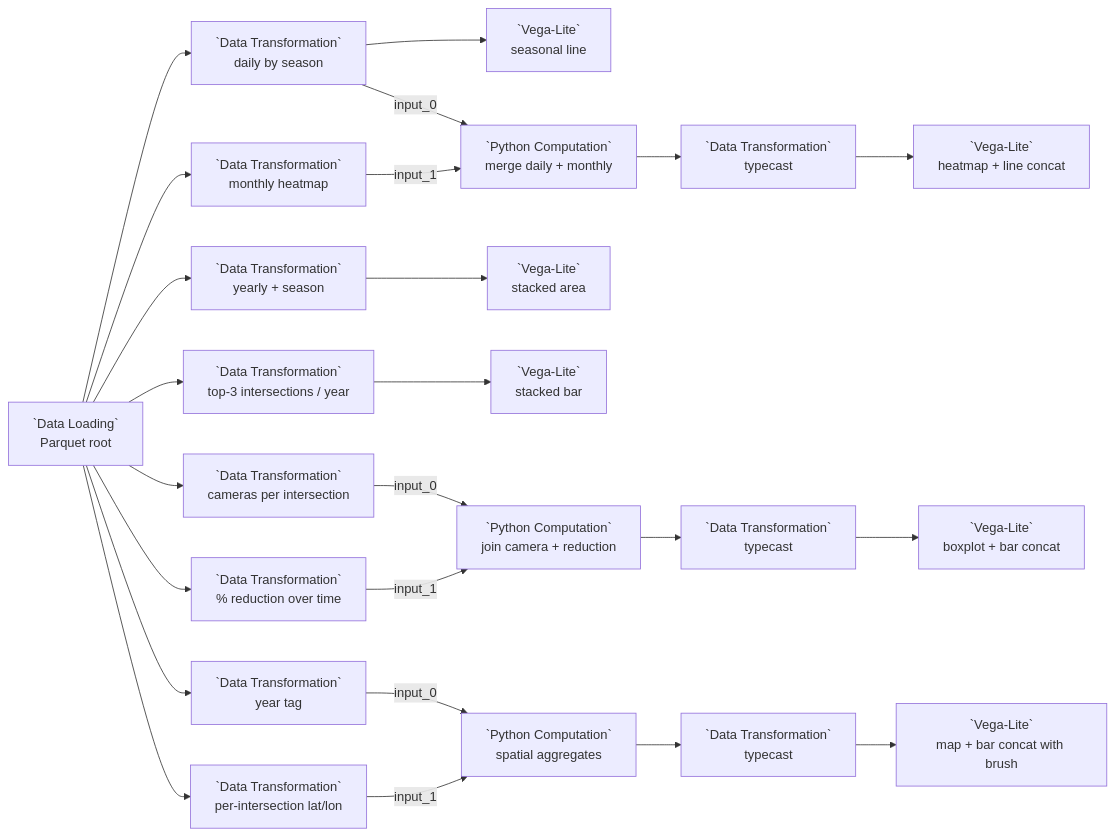
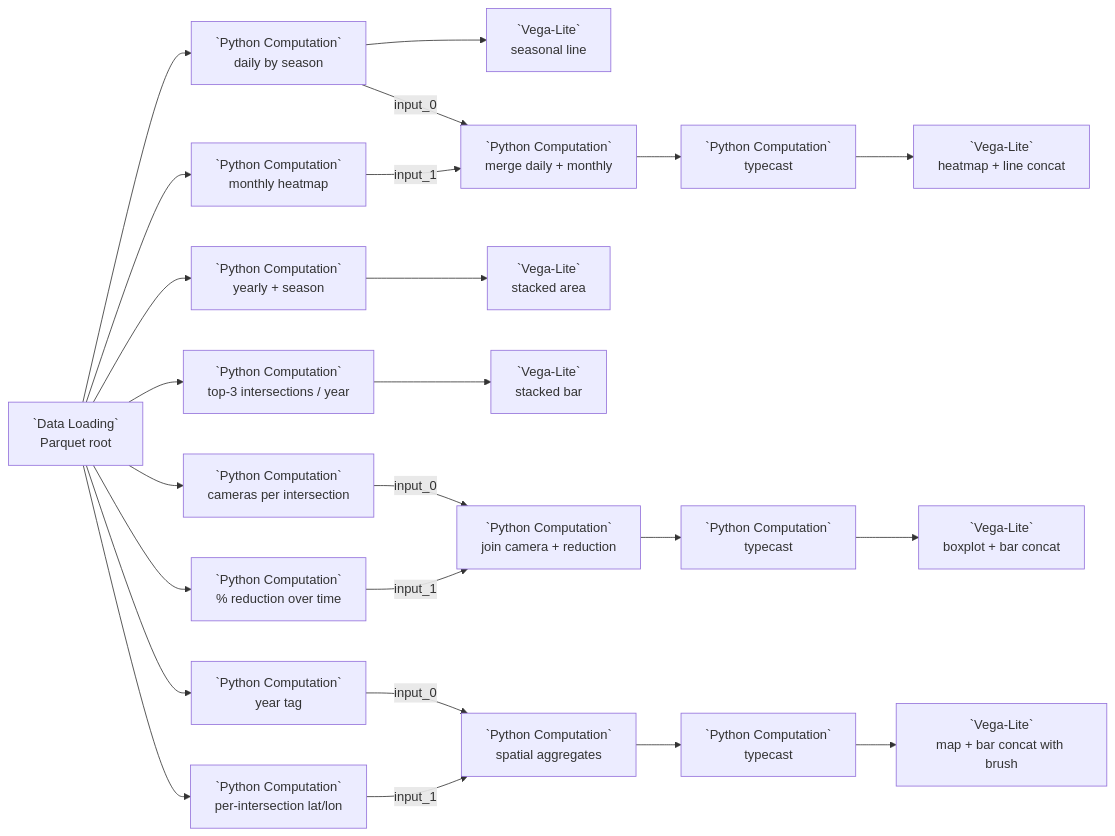
Before and after one commit to urban-toolkit/curio: the diagram in docs/examples/04-vega-lite-multi-flow-dashboard.md, drawn with Mermaid. The commit also changed other lines of this file and 51 other files, not shown here.

Commit message:
Shipped dataflows and their fixtures use Python Computation

````diff
--- a/docs/examples/04-vega-lite-multi-flow-dashboard.md
+++ b/docs/examples/04-vega-lite-multi-flow-dashboard.md
@@ -9,24 +9,24 @@
 ```mermaid
 flowchart LR
   L[`Data Loading`<br/>Parquet root]
 
-  L --> A[`Data Transformation`<br/>daily by season] --> AV[`Vega-Lite`<br/>seasonal line]
+  L --> A[`Python Computation`<br/>daily by season] --> AV[`Vega-Lite`<br/>seasonal line]
 
-  L --> B1[`Data Transformation`<br/>monthly heatmap]
+  L --> B1[`Python Computation`<br/>monthly heatmap]
   A -->|input_0| BC[`Python Computation`<br/>merge daily + monthly]
-  B1 -->|input_1| BC --> BT[`Data Transformation`<br/>typecast] --> BV[`Vega-Lite`<br/>heatmap + line concat]
+  B1 -->|input_1| BC --> BT[`Python Computation`<br/>typecast] --> BV[`Vega-Lite`<br/>heatmap + line concat]
 
-  L --> C[`Data Transformation`<br/>yearly + season] --> CV[`Vega-Lite`<br/>stacked area]
+  L --> C[`Python Computation`<br/>yearly + season] --> CV[`Vega-Lite`<br/>stacked area]
 
-  L --> D[`Data Transformation`<br/>top-3 intersections / year] --> DV[`Vega-Lite`<br/>stacked bar]
+  L --> D[`Python Computation`<br/>top-3 intersections / year] --> DV[`Vega-Lite`<br/>stacked bar]
 
-  L --> E1[`Data Transformation`<br/>cameras per intersection]
-  L --> E2[`Data Transformation`<br/>% reduction over time]
+  L --> E1[`Python Computation`<br/>cameras per intersection]
+  L --> E2[`Python Computation`<br/>% reduction over time]
   E1 -->|input_0| EC[`Python Computation`<br/>join camera + reduction]
-  E2 -->|input_1| EC --> ET[`Data Transformation`<br/>typecast] --> EV[`Vega-Lite`<br/>boxplot + bar concat]
+  E2 -->|input_1| EC --> ET[`Python Computation`<br/>typecast] --> EV[`Vega-Lite`<br/>boxplot + bar concat]
 
-  L --> F1[`Data Transformation`<br/>year tag]
-  L --> F2[`Data Transformation`<br/>per-intersection lat/lon]
+  L --> F1[`Python Computation`<br/>year tag]
+  L --> F2[`Python Computation`<br/>per-intersection lat/lon]
   F1 -->|input_0| FC[`Python Computation`<br/>spatial aggregates]
-  F2 -->|input_1| FC --> FT[`Data Transformation`<br/>typecast] --> FV[`Vega-Lite`<br/>map + bar concat with brush]
+  F2 -->|input_1| FC --> FT[`Python Computation`<br/>typecast] --> FV[`Vega-Lite`<br/>map + bar concat with brush]
 ```
````
